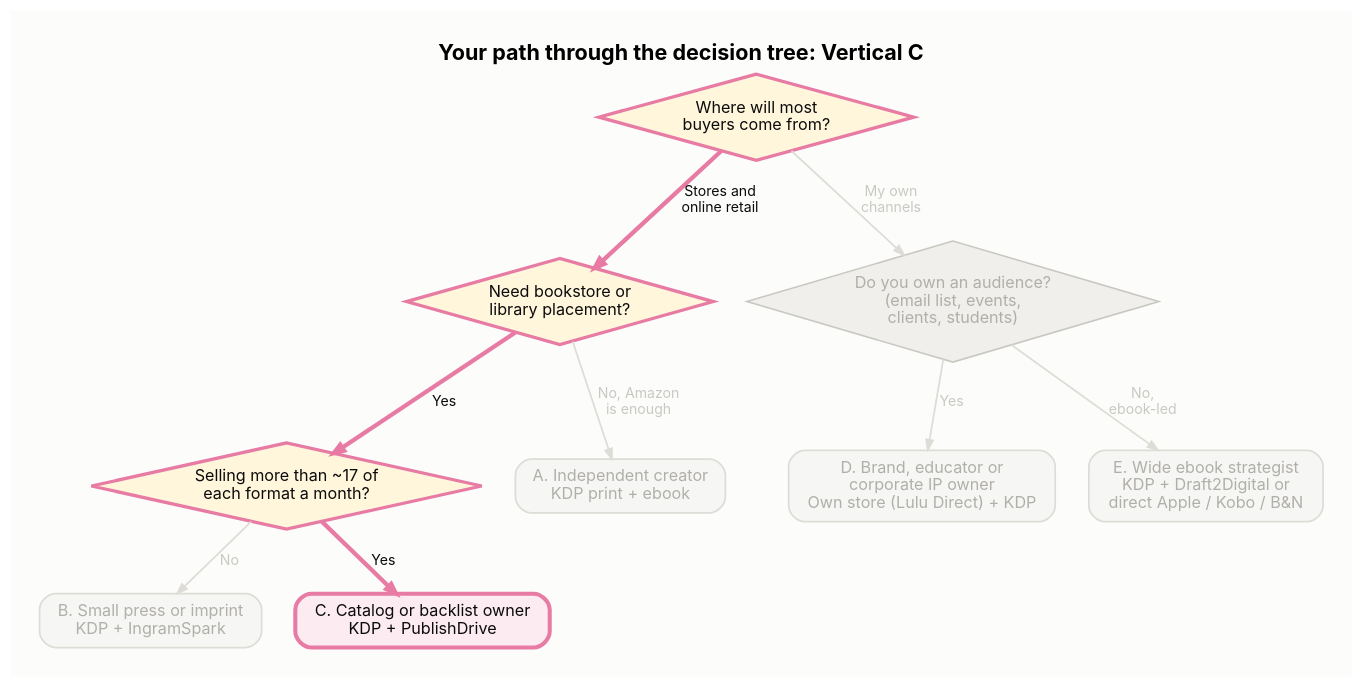
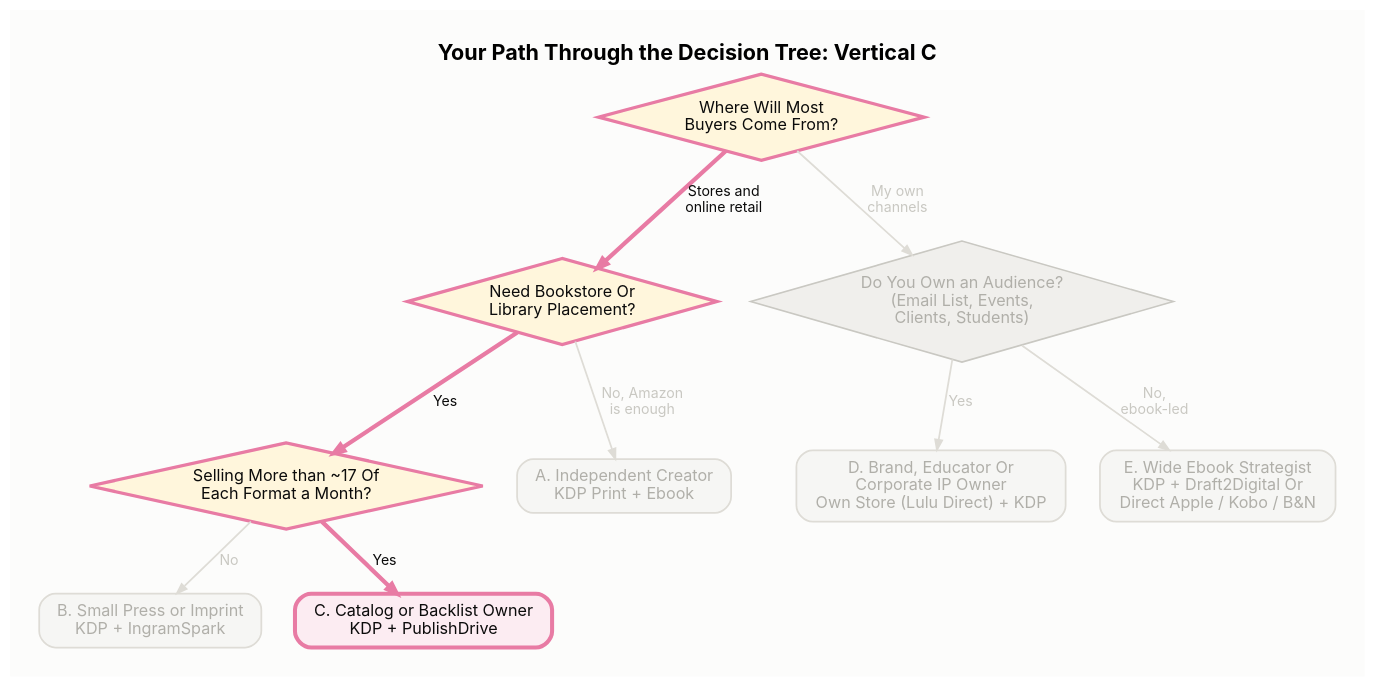
One commit to ShamarRobinson/ip-distribution-decision-verticals changed the diagram in diagrams/d2_path_C.dot. Above: the diagram before and after it, drawn with Graphviz. The commit also changed 130 other files, not shown here.

```diff
--- a/diagrams/d2_path_C.dot
+++ b/diagrams/d2_path_C.dot
@@ -1,37 +1,37 @@
 digraph G { rankdir=TB; bgcolor="#fcfcfb"; pad=0.3; nodesep=0.35; ranksep=0.5;
-labelloc=t; label=<<b>Your path through the decision tree: Vertical C</b>>; fontname="Inter"; fontsize=16;
+labelloc=t; label=<<b>Your Path Through the Decision Tree: Vertical C</b>>; fontname="Inter"; fontsize=16;
 node [fontname="Inter", fontsize=12, penwidth=1.3]; edge [fontname="Inter", fontsize=10.5, arrowsize=0.75];
-q1 [label="Where will most
-buyers come from?", shape=diamond, style=filled, fillcolor="#fff6dc", color="#e87ba4", fontcolor="#0b0b0b", margin="0.04,0.04", penwidth=2.4];
-q2 [label="Need bookstore or
-library placement?", shape=diamond, style=filled, fillcolor="#fff6dc", color="#e87ba4", fontcolor="#0b0b0b", margin="0.04,0.04", penwidth=2.4];
-q3 [label="Selling more than ~17 of
-each format a month?", shape=diamond, style=filled, fillcolor="#fff6dc", color="#e87ba4", fontcolor="#0b0b0b", margin="0.04,0.04", penwidth=2.4];
-q4 [label="Do you own an audience?
-(email list, events,
-clients, students)", shape=diamond, style=filled, fillcolor="#f0efec", color="#c9c8c2", fontcolor="#b0afa9", margin="0.04,0.04", penwidth=1.2];
-A [label="A. Independent creator
-KDP print + ebook", shape=box, style="rounded,filled", fillcolor="#f6f6f4", color="#dedcd6", fontcolor="#b0afa9", margin="0.18,0.1", penwidth=1.3];
-B [label="B. Small press or imprint
+q1 [label="Where Will Most
+Buyers Come From?", shape=diamond, style=filled, fillcolor="#fff6dc", color="#e87ba4", fontcolor="#0b0b0b", margin="0.04,0.04", penwidth=2.4];
+q2 [label="Need Bookstore Or
+Library Placement?", shape=diamond, style=filled, fillcolor="#fff6dc", color="#e87ba4", fontcolor="#0b0b0b", margin="0.04,0.04", penwidth=2.4];
+q3 [label="Selling More than ~17 Of
+Each Format a Month?", shape=diamond, style=filled, fillcolor="#fff6dc", color="#e87ba4", fontcolor="#0b0b0b", margin="0.04,0.04", penwidth=2.4];
+q4 [label="Do You Own an Audience?
+(Email List, Events,
+Clients, Students)", shape=diamond, style=filled, fillcolor="#f0efec", color="#c9c8c2", fontcolor="#b0afa9", margin="0.04,0.04", penwidth=1.2];
+A [label="A. Independent Creator
+KDP Print + Ebook", shape=box, style="rounded,filled", fillcolor="#f6f6f4", color="#dedcd6", fontcolor="#b0afa9", margin="0.18,0.1", penwidth=1.3];
+B [label="B. Small Press or Imprint
 KDP + IngramSpark", shape=box, style="rounded,filled", fillcolor="#f6f6f4", color="#dedcd6", fontcolor="#b0afa9", margin="0.18,0.1", penwidth=1.3];
-C [label="C. Catalog or backlist owner
+C [label="C. Catalog or Backlist Owner
 KDP + PublishDrive", shape=box, style="rounded,filled", fillcolor="#fcecf2", color="#e87ba4", fontcolor="#0b0b0b", margin="0.18,0.1", penwidth=3];
-D [label="D. Brand, educator or
-corporate IP owner
-Own store (Lulu Direct) + KDP", shape=box, style="rounded,filled", fillcolor="#f6f6f4", color="#dedcd6", fontcolor="#b0afa9", margin="0.18,0.1", penwidth=1.3];
-E [label="E. Wide ebook strategist
-KDP + Draft2Digital or
-direct Apple / Kobo / B&N", shape=box, style="rounded,filled", fillcolor="#f6f6f4", color="#dedcd6", fontcolor="#b0afa9", margin="0.18,0.1", penwidth=1.3];
+D [label="D. Brand, Educator Or
+Corporate IP Owner
+Own Store (Lulu Direct) + KDP", shape=box, style="rounded,filled", fillcolor="#f6f6f4", color="#dedcd6", fontcolor="#b0afa9", margin="0.18,0.1", penwidth=1.3];
+E [label="E. Wide Ebook Strategist
+KDP + Draft2Digital Or
+Direct Apple / Kobo / B&N", shape=box, style="rounded,filled", fillcolor="#f6f6f4", color="#dedcd6", fontcolor="#b0afa9", margin="0.18,0.1", penwidth=1.3];
 q1 -> q2 [label="Stores and
 online retail", color="#e87ba4", fontcolor="#0b0b0b", penwidth=3.2];
 q1 -> q4 [label="My own
 channels", color="#dedcd6", fontcolor="#c9c8c2", penwidth=1.3];
 q2 -> A [label="No, Amazon
 is enough", color="#dedcd6", fontcolor="#c9c8c2", penwidth=1.3];
 q2 -> q3 [label="Yes", color="#e87ba4", fontcolor="#0b0b0b", penwidth=3.2];
 q3 -> B [label="No", color="#dedcd6", fontcolor="#c9c8c2", penwidth=1.3];
 q3 -> C [label="Yes", color="#e87ba4", fontcolor="#0b0b0b", penwidth=3.2];
 q4 -> D [label="Yes", color="#dedcd6", fontcolor="#c9c8c2", penwidth=1.3];
 q4 -> E [label="No,
 ebook-led", color="#dedcd6", fontcolor="#c9c8c2", penwidth=1.3];
 }
```
